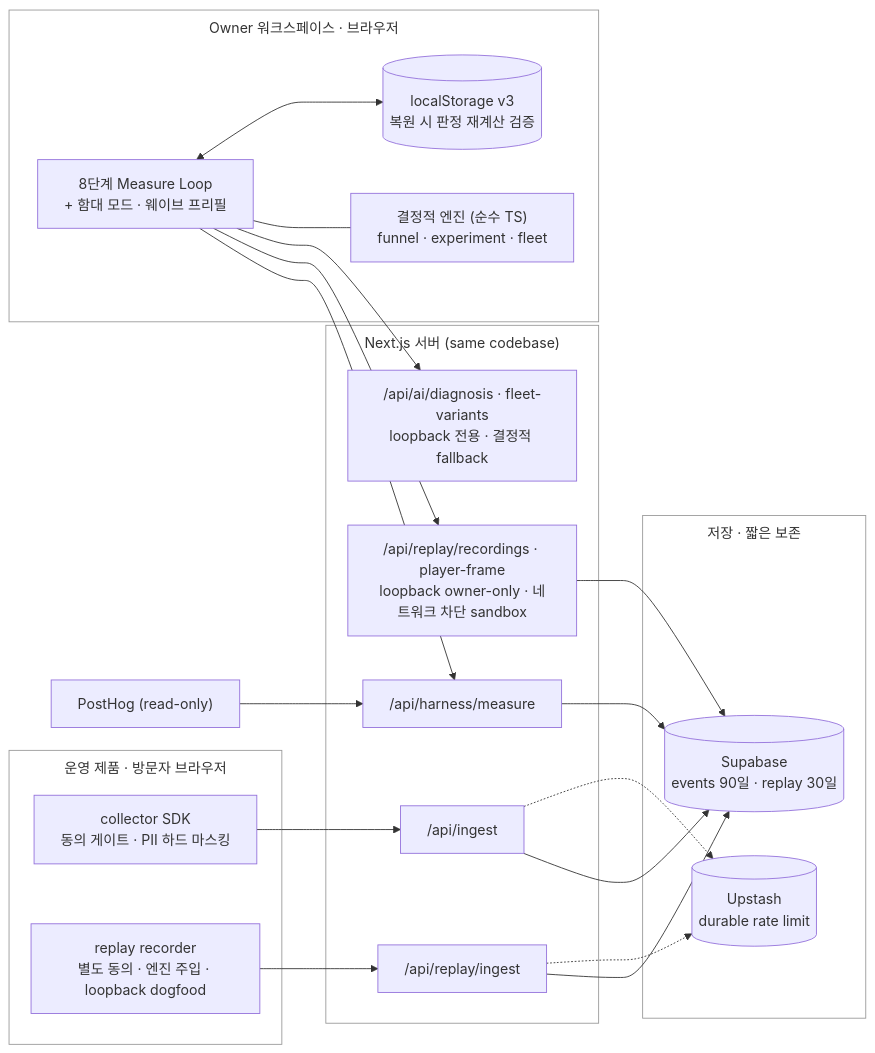
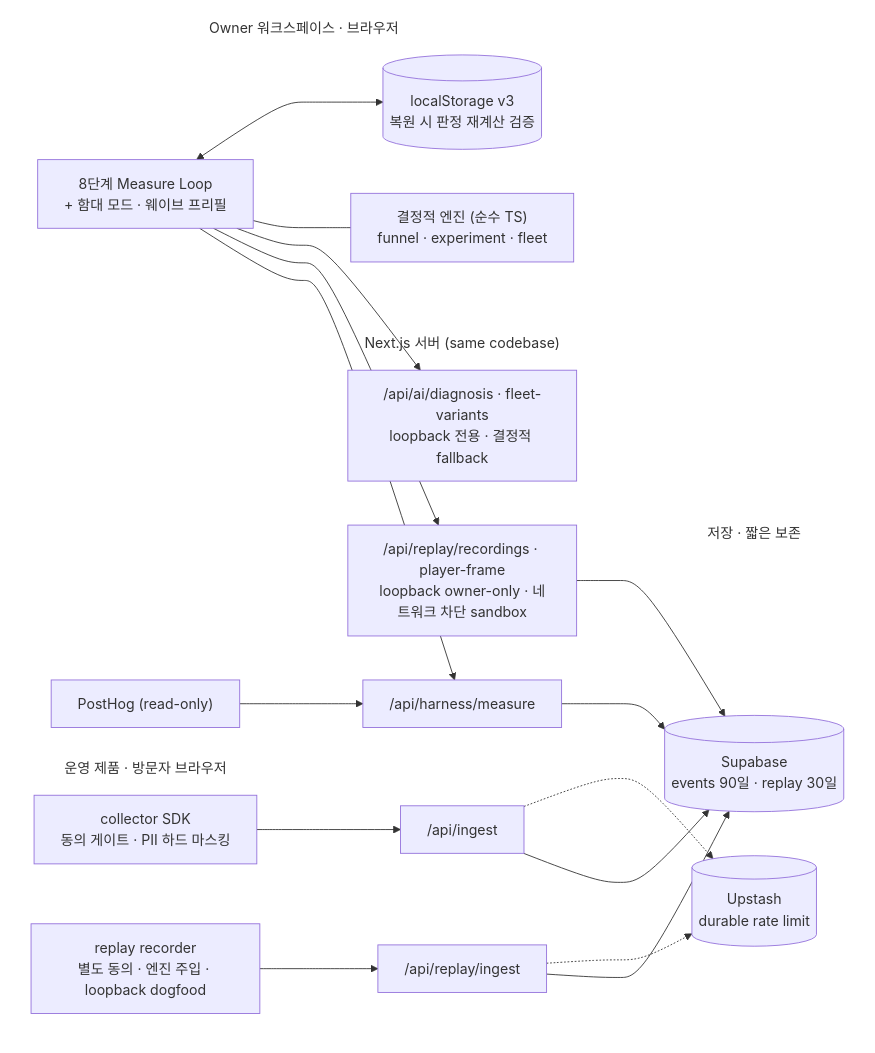
The second of 2 diagrams in README.md (Power-xc/ux-measure-lab), drawn with Mermaid before and after one commit.

Commit message:
docs: drop layer group borders in architecture diagram

````diff
--- a/README.md
+++ b/README.md
@@ -226,41 +226,41 @@
 ```mermaid
 %%{init: {"flowchart": {"subGraphTitleMargin": {"top": 8, "bottom": 8}}}}%%
 
 flowchart LR
   subgraph Visitor["운영 제품 · 방문자 브라우저"]
     SDK["collector SDK<br/>동의 게이트 · PII 하드 마스킹"]
     REC["replay recorder<br/>별도 동의 · 엔진 주입 · loopback dogfood"]
   end
   subgraph API["Next.js 서버 (same codebase)"]
     ING["/api/ingest"]
     RING["/api/replay/ingest"]
     MEAS["/api/harness/measure"]
     RREAD["/api/replay/recordings · player-frame<br/>loopback owner-only · 네트워크 차단 sandbox"]
     AIR["/api/ai/diagnosis · fleet-variants<br/>loopback 전용 · 결정적 fallback"]
   end
   subgraph Store["저장 · 짧은 보존"]
     SB[("Supabase<br/>events 90일 · replay 30일")]
     UP[("Upstash<br/>durable rate limit")]
   end
   subgraph Owner["Owner 워크스페이스 · 브라우저"]
     WS["8단계 Measure Loop<br/>+ 함대 모드 · 웨이브 프리필"]
     ENG["결정적 엔진 (순수 TS)<br/>funnel · experiment · fleet"]
     LS[("localStorage v3<br/>복원 시 판정 재계산 검증")]
   end
   PH["PostHog (read-only)"]
   SDK --> ING --> SB
   REC --> RING --> SB
   ING -.-> UP
   RING -.-> UP
   WS --> MEAS --> SB
   PH --> MEAS
   WS --> RREAD --> SB
   WS --> AIR
   WS --- ENG
   WS <--> LS
 
-  style Visitor fill:transparent,stroke:#999,stroke-width:1px
-  style API fill:transparent,stroke:#999,stroke-width:1px
-  style Store fill:transparent,stroke:#999,stroke-width:1px
-  style Owner fill:transparent,stroke:#999,stroke-width:1px
+  style Visitor fill:transparent,stroke:transparent
+  style API fill:transparent,stroke:transparent
+  style Store fill:transparent,stroke:transparent
+  style Owner fill:transparent,stroke:transparent
 ```
````
